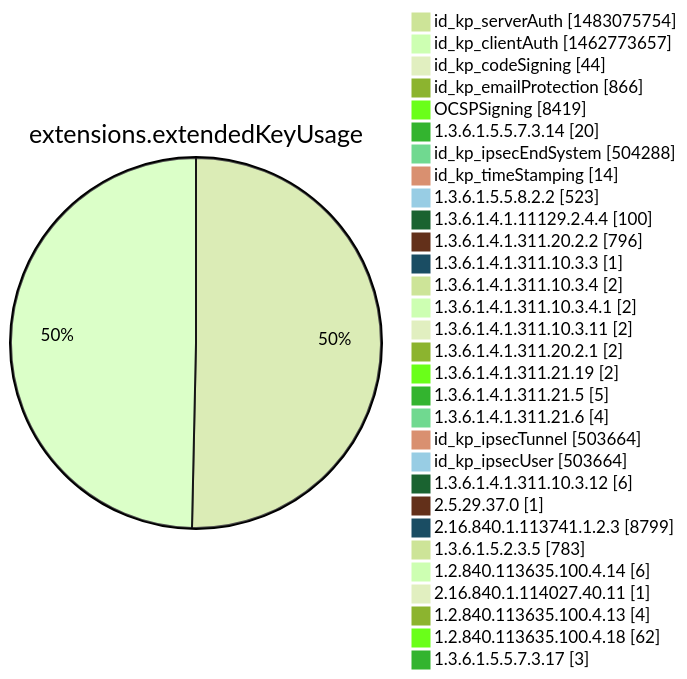
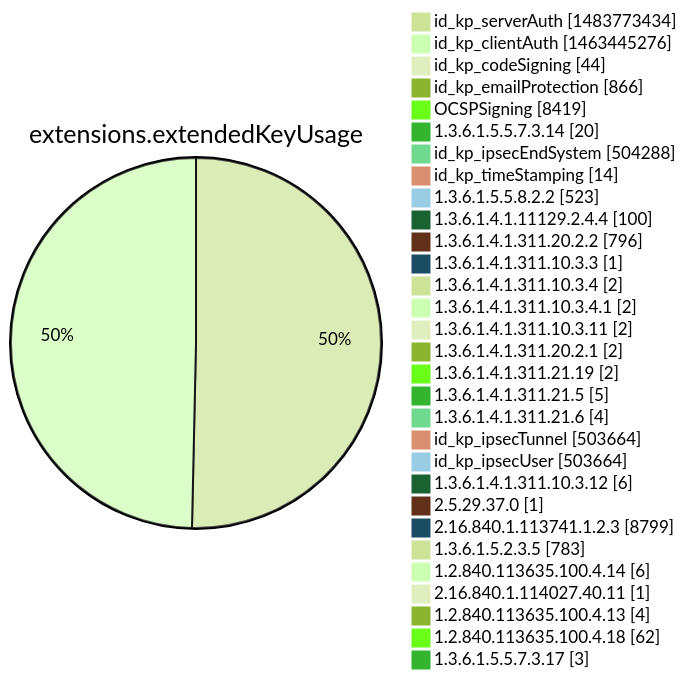
One commit to christiankrug/ctmonitor_visualization changed diagram 12 of 15 in argon2022/README.md. Above: the diagram before and after it, drawn with Mermaid (forest theme). The commit also changed other lines of this file, not shown here.

````diff
--- a/argon2022/README.md
+++ b/argon2022/README.md
@@ -3555,34 +3555,34 @@
 ```mermaid
 pie showData
 title extensions.extendedKeyUsage
-"id_kp_serverAuth" :1483075754
-"id_kp_clientAuth" :1462773657
+"id_kp_serverAuth" :1483773434
+"id_kp_clientAuth" :1463445276
 "id_kp_codeSigning" :44
 "id_kp_emailProtection" :866
 "OCSPSigning" :8419
 "1.3.6.1.5.5.7.3.14" :20
 "id_kp_ipsecEndSystem" :504288
 "id_kp_timeStamping" :14
 "1.3.6.1.5.5.8.2.2" :523
 "1.3.6.1.4.1.11129.2.4.4" :100
 "1.3.6.1.4.1.311.20.2.2" :796
 "1.3.6.1.4.1.311.10.3.3" :1
 "1.3.6.1.4.1.311.10.3.4" :2
 "1.3.6.1.4.1.311.10.3.4.1" :2
 "1.3.6.1.4.1.311.10.3.11" :2
 "1.3.6.1.4.1.311.20.2.1" :2
 "1.3.6.1.4.1.311.21.19" :2
 "1.3.6.1.4.1.311.21.5" :5
 "1.3.6.1.4.1.311.21.6" :4
 "id_kp_ipsecTunnel" :503664
 "id_kp_ipsecUser" :503664
 "1.3.6.1.4.1.311.10.3.12" :6
 "2.5.29.37.0" :1
 "2.16.840.1.113741.1.2.3" :8799
 "1.3.6.1.5.2.3.5" :783
 "1.2.840.113635.100.4.14" :6
 "2.16.840.1.114027.40.11" :1
 "1.2.840.113635.100.4.13" :4
 "1.2.840.113635.100.4.18" :62
 "1.3.6.1.5.5.7.3.17" :3
 ```
````
